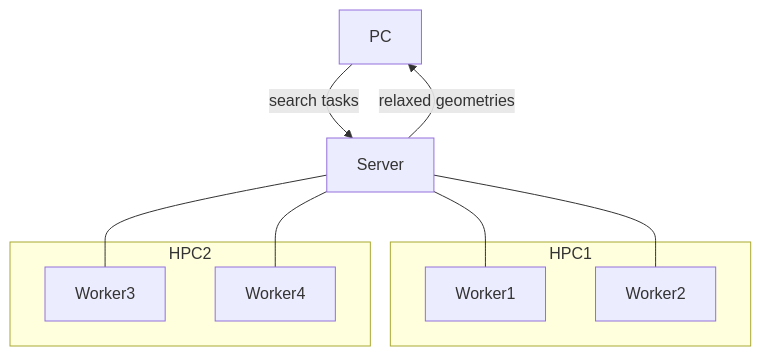
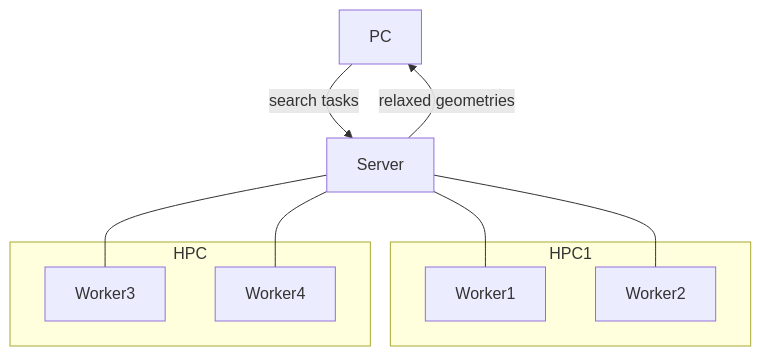
Before and after one commit to zhubonan/disp: the diagram in README.md, drawn with Mermaid. The commit also changed other lines of this file and 2 other files, not shown here.

````diff
--- a/README.md
+++ b/README.md
@@ -11,22 +11,22 @@
 ```mermaid
 flowchart TD
 
 A[PC] --> |search tasks| B[Server];
 B --> |relaxed geometries| A;
 
 subgraph HPC1
 W1;
 W2;
 end
 
-subgraph HPC2
+subgraph HPC
 W3;
 W4;
 end
 
 B --- W1[Worker1];
 B --- W2[Worker2];
 
 B --- W3[Worker3];
 B --- W4[Worker4];
 ```
````
